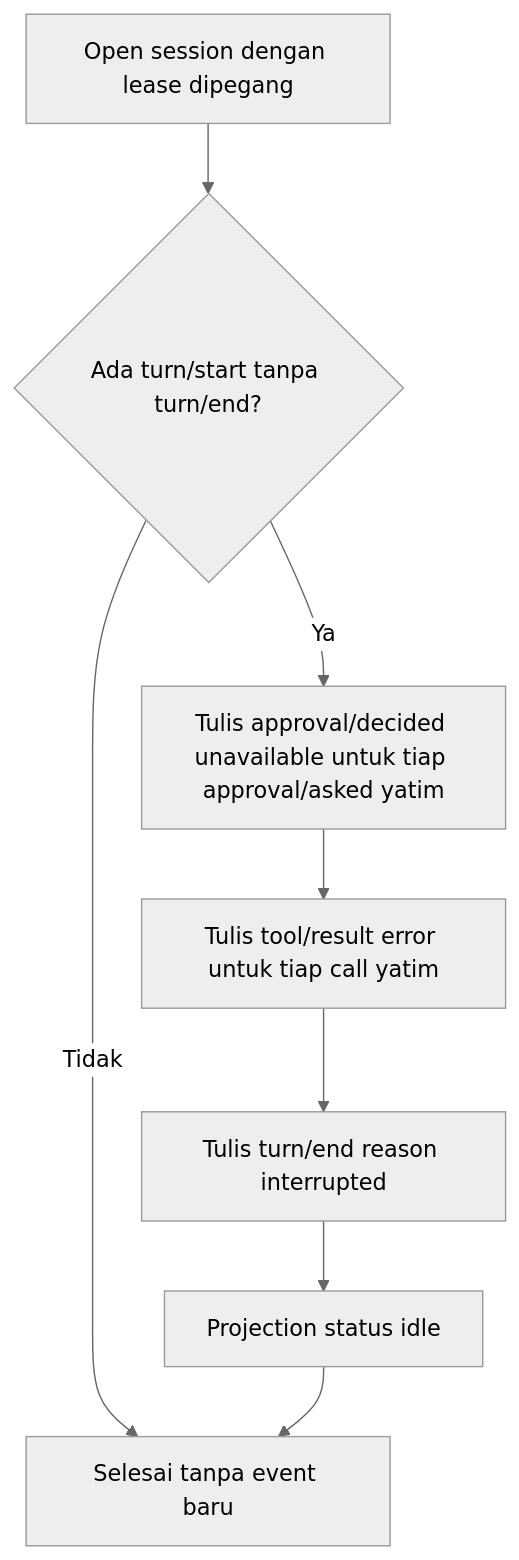
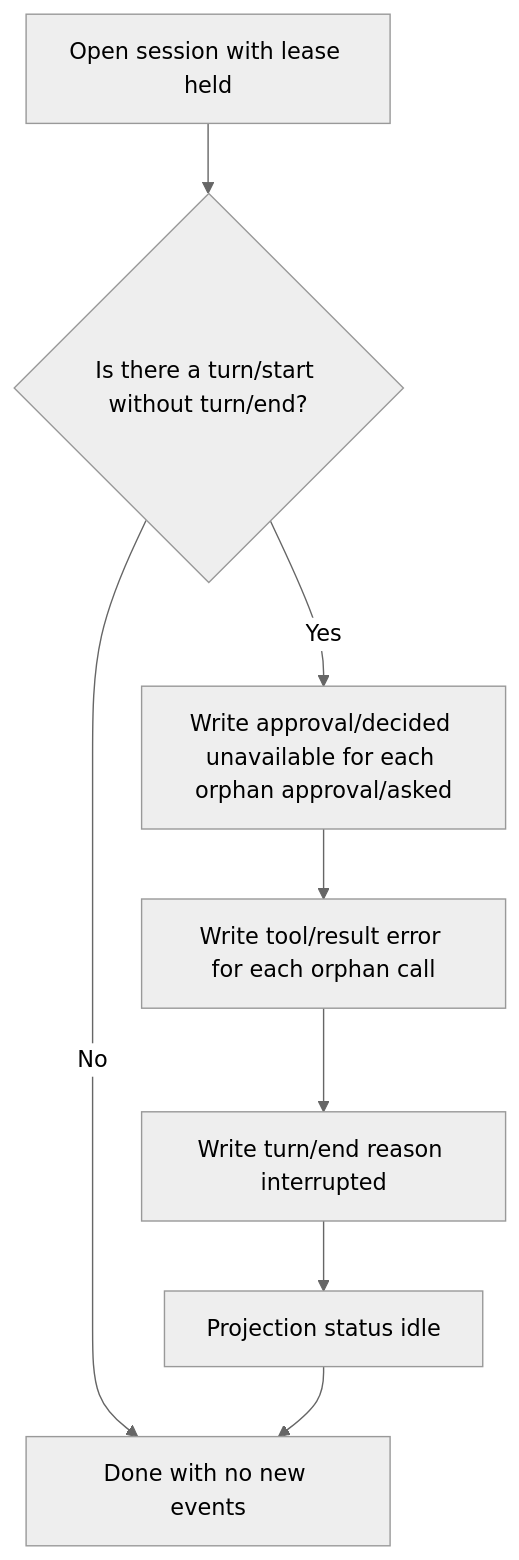
One commit to ridhomujizat/lana-harness changed the third of 6 diagrams in docs/specs/4-session-permission/design.md. Above: the diagram before and after it, drawn with Mermaid (neutral theme). The commit also changed other lines of this file and 172 other files, not shown here.

````diff
--- a/docs/specs/4-session-permission/design.md
+++ b/docs/specs/4-session-permission/design.md
@@ -85,10 +85,10 @@
 ```mermaid
 flowchart TD
-  A["Open session dengan lease dipegang"] --> B{"Ada turn/start tanpa turn/end?"}
-  B -- "Tidak" --> Z["Selesai tanpa event baru"]
-  B -- "Ya" --> C["Tulis approval/decided unavailable untuk tiap approval/asked yatim"]
-  C --> D["Tulis tool/result error untuk tiap call yatim"]
-  D --> E["Tulis turn/end reason interrupted"]
+  A["Open session with lease held"] --> B{"Is there a turn/start without turn/end?"}
+  B -- "No" --> Z["Done with no new events"]
+  B -- "Yes" --> C["Write approval/decided unavailable for each orphan approval/asked"]
+  C --> D["Write tool/result error for each orphan call"]
+  D --> E["Write turn/end reason interrupted"]
   E --> F["Projection status idle"]
   F --> Z
 ```
````
